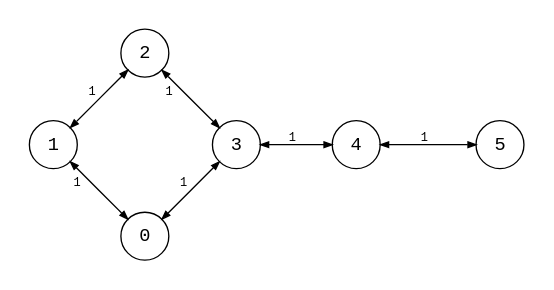
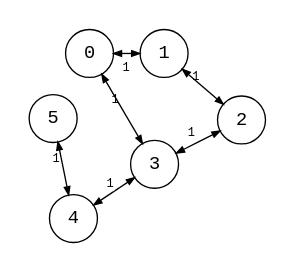
One commit to bsdrks/graaf-images changed the diagram in src/kattis_bryr_2.dot. Above: the diagram before and after it, drawn with Graphviz. The commit also changed 50 other files, not shown here.

```diff
--- a/src/kattis_bryr_2.dot
+++ b/src/kattis_bryr_2.dot
@@ -1,13 +1,61 @@
 digraph {
-    node [shape=circle, fontname="monospace"];
-    edge [arrowsize=0.6, fontname="monospace", fontsize=9];
-    layout=circo;
+    node [shape=circle; fontname="monospace"; fixedsize=true; width="0.5"];
+    edge [arrowsize=0.6; fontname="monospace"; fontsize=9];
+    layout=neato;
+    start=0;
+    mode="sgd";
+    normalize=true;
+    maxiter=10000;
     pad=0.2;
 
-    0 -> {1} [dir=both, label=" 1  "];
-    0 -> {3} [dir=both, label=" 1"];
-    1 -> {2} [dir=both, label=" 1"];
-    2 -> {3} [dir=both, label=" 1  "];
-    3 -> {4} [dir=both, label="1"];
-    4 -> {5} [dir=both, label="1"];
+    0 -> 1 [dir=both; label=<
+        <table border="0" cellborder="0" cellspacing="4">
+            <tr>
+                <td>1</td>
+            </tr>
+        </table>
+    >];
+
+    0 -> 3 [dir=both; label=<
+        <table border="0" cellborder="0" cellspacing="0">
+            <tr>
+                <td>1</td>
+            </tr>
+        </table>
+    >];
+
+    1 -> 2 [dir=both; label=<
+        <table border="0" cellborder="0" cellspacing="0">
+            <tr>
+                <td>1</td>
+            </tr>
+        </table>
+    >];
+
+    2 -> 3 [dir=both; label=<
+        <table border="0" cellborder="0" cellspacing="0">
+            <tr>
+                <td>1</td>
+            </tr>
+        </table>
+    >];
+
+    3 -> 4 [dir=both; label=<
+        <table border="0" cellpadding="0" cellspacing="0">
+            <tr>
+                <td bgcolor="#ffffffbb">1</td>
+            </tr>
+        </table>
+    >];
+
+    4 -> 5 [dir=both; label=<
+        <table border="0" cellborder="0" cellspacing="0">
+            <tr>
+                <td>1</td>
+            </tr>
+        </table>
+    >];
+
+    0 -> 5 [style=invis];
+    1 -> 5 [style=invis];
 }
```
